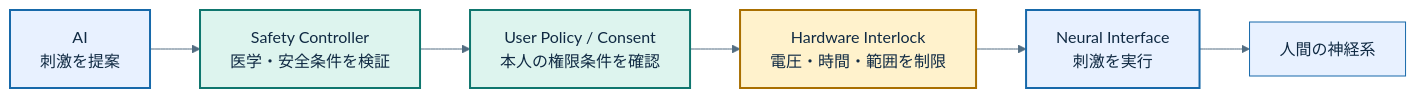
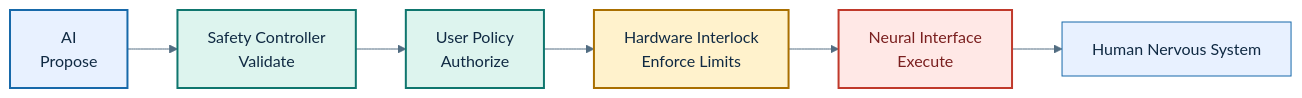
One commit to kukukucode/cogauth changed the third of 7 diagrams in README.md. Above: the diagram before and after it, drawn with Mermaid. The commit also changed other lines of this file, not shown here.

````diff
--- a/README.md
+++ b/README.md
@@ -320,28 +279,24 @@
 ```mermaid
 %%{init: {"theme":"base","themeVariables":{
   "background":"#FFFFFF",
   "primaryColor":"#E8F1FF",
   "primaryTextColor":"#102A43",
   "primaryBorderColor":"#1769AA",
   "secondaryColor":"#DDF4EE",
   "tertiaryColor":"#FFF2CC",
   "lineColor":"#526D82",
-  "textColor":"#102A43",
-  "fontFamily":"Arial, sans-serif"
+  "textColor":"#102A43"
 }}}%%
 flowchart LR
-    A[AI<br>刺激を提案]
-    B[Safety Controller<br>医学・安全条件を検証]
-    C[User Policy / Consent<br>本人の権限条件を確認]
-    D[Hardware Interlock<br>電圧・時間・範囲を制限]
-    E[Neural Interface<br>刺激を実行]
-    F[人間の神経系]
-
-    A --> B --> C --> D --> E --> F
+    A[AI<br>Propose] --> S[Safety Controller<br>Validate]
+    S --> P[User Policy<br>Authorize]
+    P --> H[Hardware Interlock<br>Enforce Limits]
+    H --> N[Neural Interface<br>Execute]
+    N --> B[Human Nervous System]
 
     style A fill:#E8F1FF,stroke:#1769AA,stroke-width:2px,color:#102A43
-    style B fill:#DDF4EE,stroke:#0F766E,stroke-width:2px,color:#102A43
-    style C fill:#DDF4EE,stroke:#0F766E,stroke-width:2px,color:#102A43
-    style D fill:#FFF2CC,stroke:#A96F00,stroke-width:2px,color:#102A43
-    style E fill:#E8F1FF,stroke:#1769AA,stroke-width:2px,color:#102A43
+    style S fill:#DDF4EE,stroke:#0F766E,stroke-width:2px,color:#102A43
+    style P fill:#DDF4EE,stroke:#0F766E,stroke-width:2px,color:#102A43
+    style H fill:#FFF2CC,stroke:#A96F00,stroke-width:2px,color:#102A43
+    style N fill:#FFE8E6,stroke:#C0392B,stroke-width:2px,color:#7A1F1F
 ```
````
